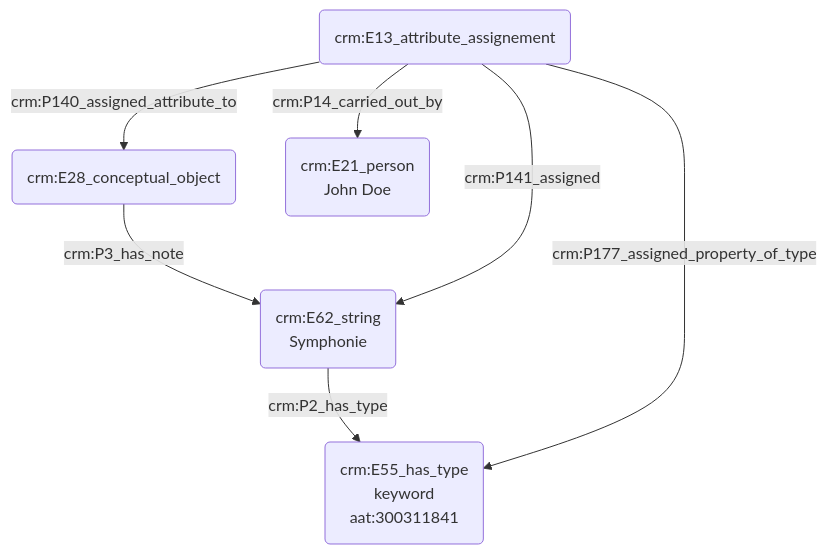
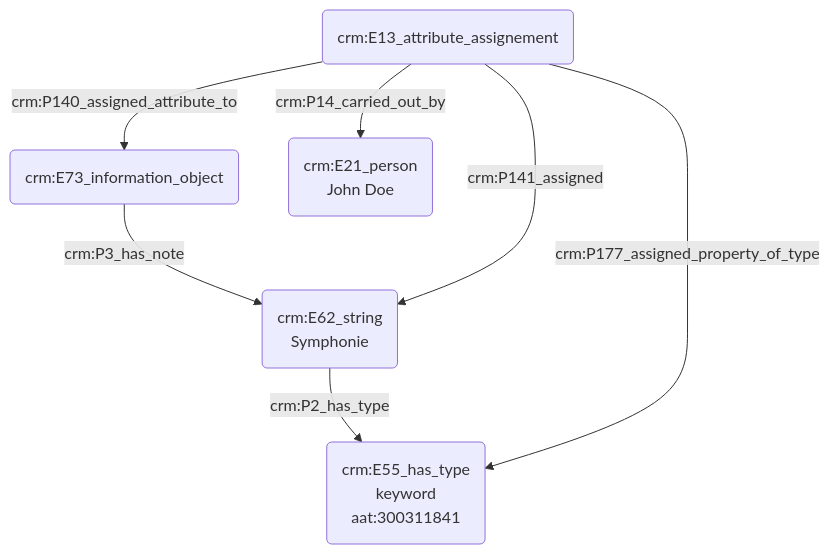
One commit to Amleth/consortium-musica2-gt2-ontologies changed the diagram in modules/livrables/Dossier 2/Indexation conceptuelle/indexation d'une source avec un mot-clé.md. Above: the diagram before and after it, drawn with Mermaid.

Commit message:
Update indexation d'une source avec un mot-clé.md

````diff
--- a/modules/livrables/Dossier 2/Indexation conceptuelle/indexation d'une source avec un mot-clé.md
+++ b/modules/livrables/Dossier 2/Indexation conceptuelle/indexation d'une source avec un mot-clé.md
@@ -17,12 +17,12 @@
 ```mermaid
 graph TD;
 
-A(crm:E28_conceptual_object) --> |crm:P3_has_note| B(crm:E62_string<br>Symphonie)
+A(crm:E73_information_object) --> |crm:P3_has_note| B(crm:E62_string<br>Symphonie)
 B(crm:E62_string<br>Symphonie) --> |crm:P2_has_type| C(crm:E55_has_type<br>keyword<br>aat:300311841)
 
-D(crm:E13_attribute_assignement) --> |crm:P140_assigned_attribute_to| A(crm:E28_conceptual_object)
+D(crm:E13_attribute_assignement) --> |crm:P140_assigned_attribute_to| A(crm:E73_information_object)
 D(crm:E13_attribute_assignement) --> |crm:P141_assigned| B(crm:E62_string<br>Symphonie)
 D(crm:E13_attribute_assignement) --> |crm:P177_assigned_property_of_type| C(crm:E55_has_type<br>keyword<br>aat:300311841)
 D(crm:E13_attribute_assignement) --> |crm:P14_carried_out_by| F(crm:E21_person<br>John Doe)
 
 ```
````
